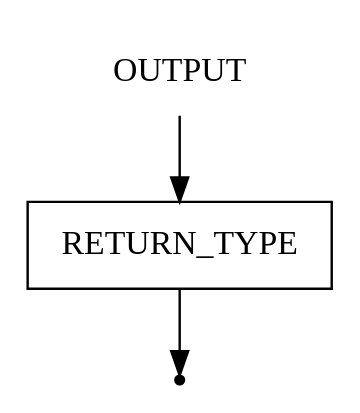
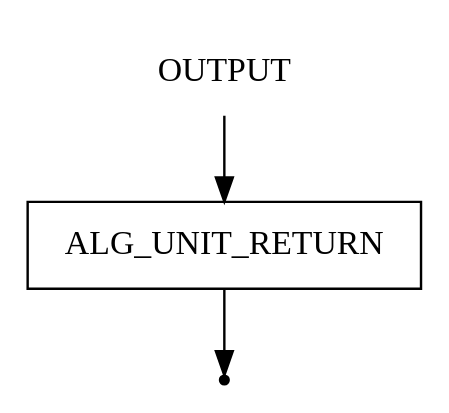
One commit to IMZolin/PSAD changed the diagram in src/PSADParser/grammar/output.gv. Above: the diagram before and after it, drawn with Graphviz. The commit also changed 9 other files, not shown here.

```diff
--- a/src/PSADParser/grammar/output.gv
+++ b/src/PSADParser/grammar/output.gv
@@ -1,8 +1,8 @@
 digraph OUTPUT {
     start [label=OUTPUT shape=plaintext]
-    return_type [label=RETURN_TYPE shape=box]
+    return_type [label=ALG_UNIT_RETURN shape=box]
     end [label="" shape=point]
 
     start -> return_type
     return_type -> end
 }
```
